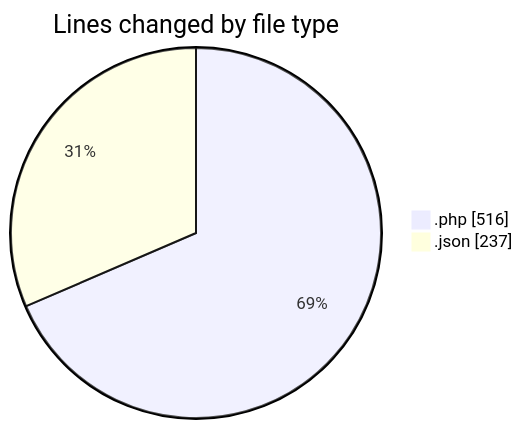
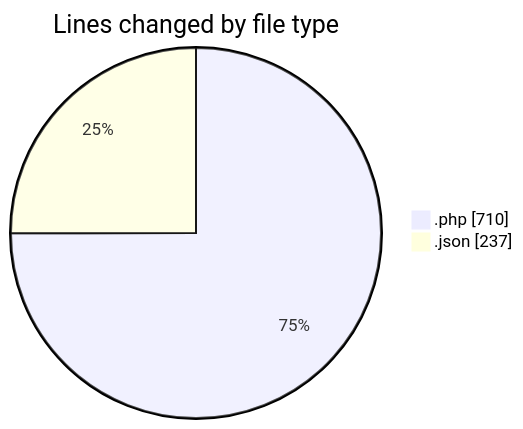
The first of 2 diagrams in 2025-05-30/studio-backend/README.md (idhammustaqopulfikri/code-tracking), drawn with Mermaid before and after one commit. The commit also changed other lines of this file and 1 other file, not shown here.

````diff
--- a/2025-05-30/studio-backend/README.md
+++ b/2025-05-30/studio-backend/README.md
@@ -27,6 +29,6 @@
 ```mermaid
 pie showData
 title Lines changed by file type
-".php" : 516
+".php" : 710
 ".json" : 237
 ```
````
